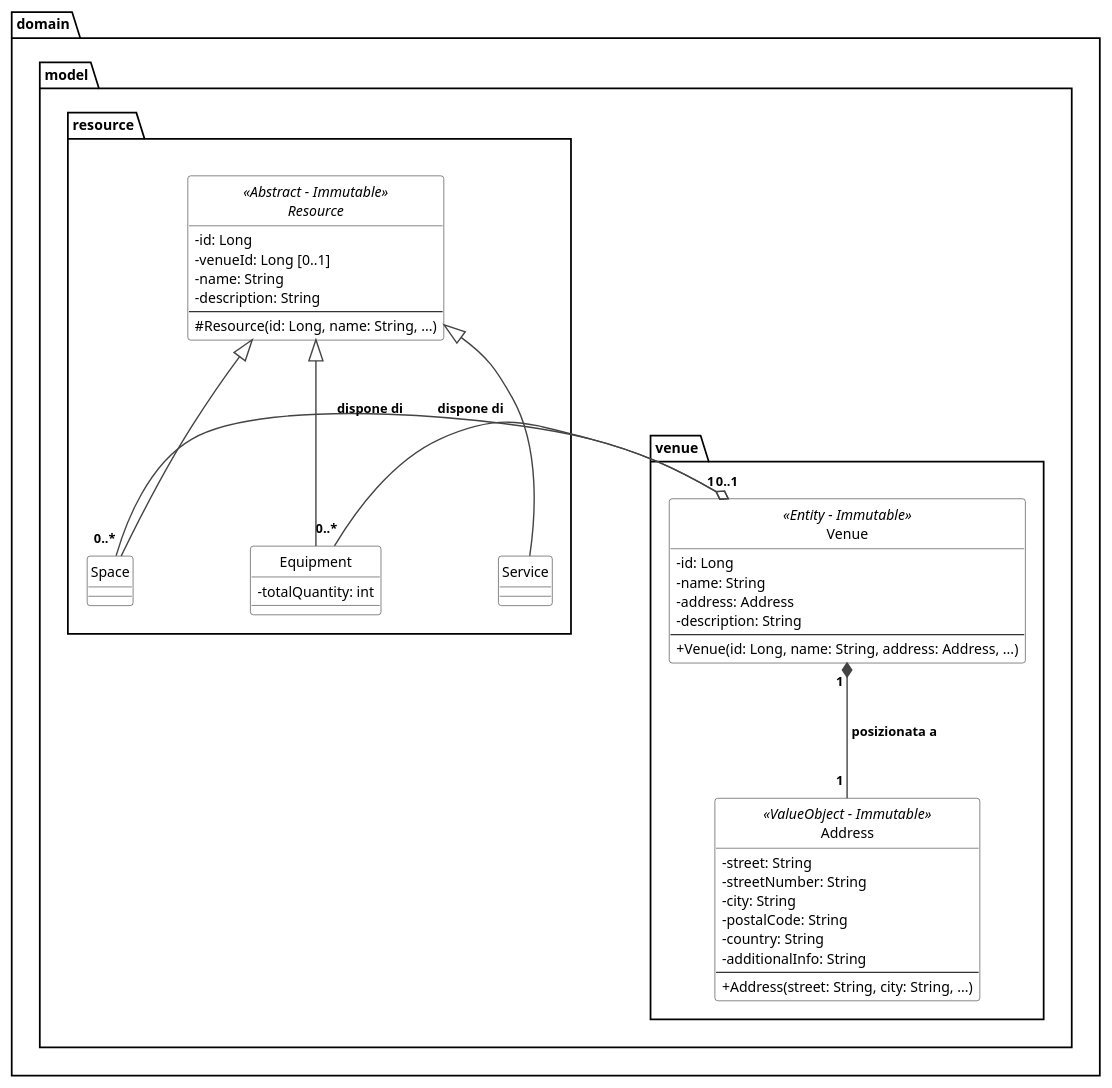
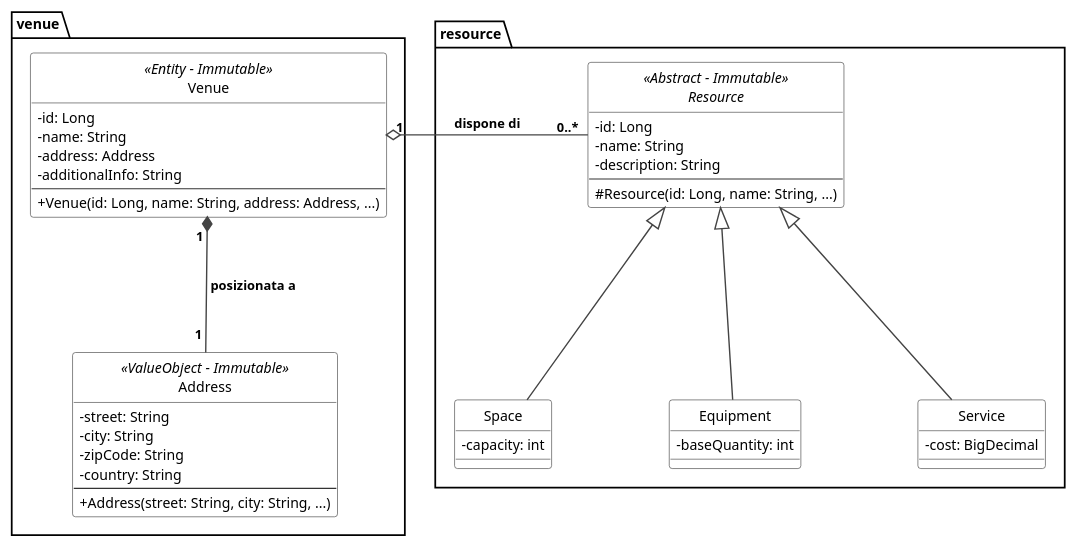
One commit to MeruemMeurel/Venue_Event_Organiser changed the diagram in docs/diagrams/domain/domain-venues.puml. Above: the diagram before and after it, drawn with PlantUML. The commit also changed 7 other files, not shown here.

Commit message:
aggiornamento dei diagrammi del dominio

```diff
--- a/docs/diagrams/domain/domain-venues.puml
+++ b/docs/diagrams/domain/domain-venues.puml
@@ -1,68 +1,68 @@
 @startuml
 skinparam style strictuml
 skinparam classAttributeIconSize 0
 
 skinparam DefaultFontName "Helvetica"
 skinparam DefaultFontSize 12
 skinparam class {
     BackgroundColor White
     BorderColor #333333
     ArrowColor #555555
 }
 skinparam nodesep 100
 skinparam ranksep 100
 
 skinparam ArrowThickness 1.2
 skinparam ArrowFontStyle bold
 skinparam ArrowFontSize 11
 skinparam ArrowColor #444444
 
 
-package "domain.model.venue" {
+package "venue" {
     class Venue <<Entity - Immutable>> {
         - id: Long
         - name: String
         - address: Address
-        - description: String
+        - additionalInfo: String
         --
         + Venue(id: Long, name: String, address: Address, ...)
     }
 
     class Address <<ValueObject - Immutable>> {
         - street: String
-        - streetNumber: String
         - city: String
-        - postalCode: String
+        - zipCode: String
         - country: String
-        - additionalInfo: String
         --
         + Address(street: String, city: String, ...)
     }
 }
 
-package "domain.model.resource" {
+package "resource" {
     abstract class Resource <<Abstract - Immutable>> {
         - id: Long
-        - venueId: Long [0..1]
         - name: String
         - description: String
         --
         # Resource(id: Long, name: String, ...)
     }
 
-    class Space
+    class Space {
+        - capacity: int
+    }
 
     class Equipment {
-        - totalQuantity: int
+        - baseQuantity: int
     }
 
-    class Service
+    class Service {
+        - cost: BigDecimal
+    }
 }
 
 Venue "1 " *-- "1 " Address : " posizionata a"
-Venue "1" o-right- "0..*" Space : "dispone di"
-Venue "0..1" o-right- "0..*" Equipment : "dispone di"
+Venue "1    " o-right- " 0..*" Resource : "dispone di"
 Resource <|-- Space
 Resource <|-- Equipment
 Resource <|-- Service
 @endum
```
